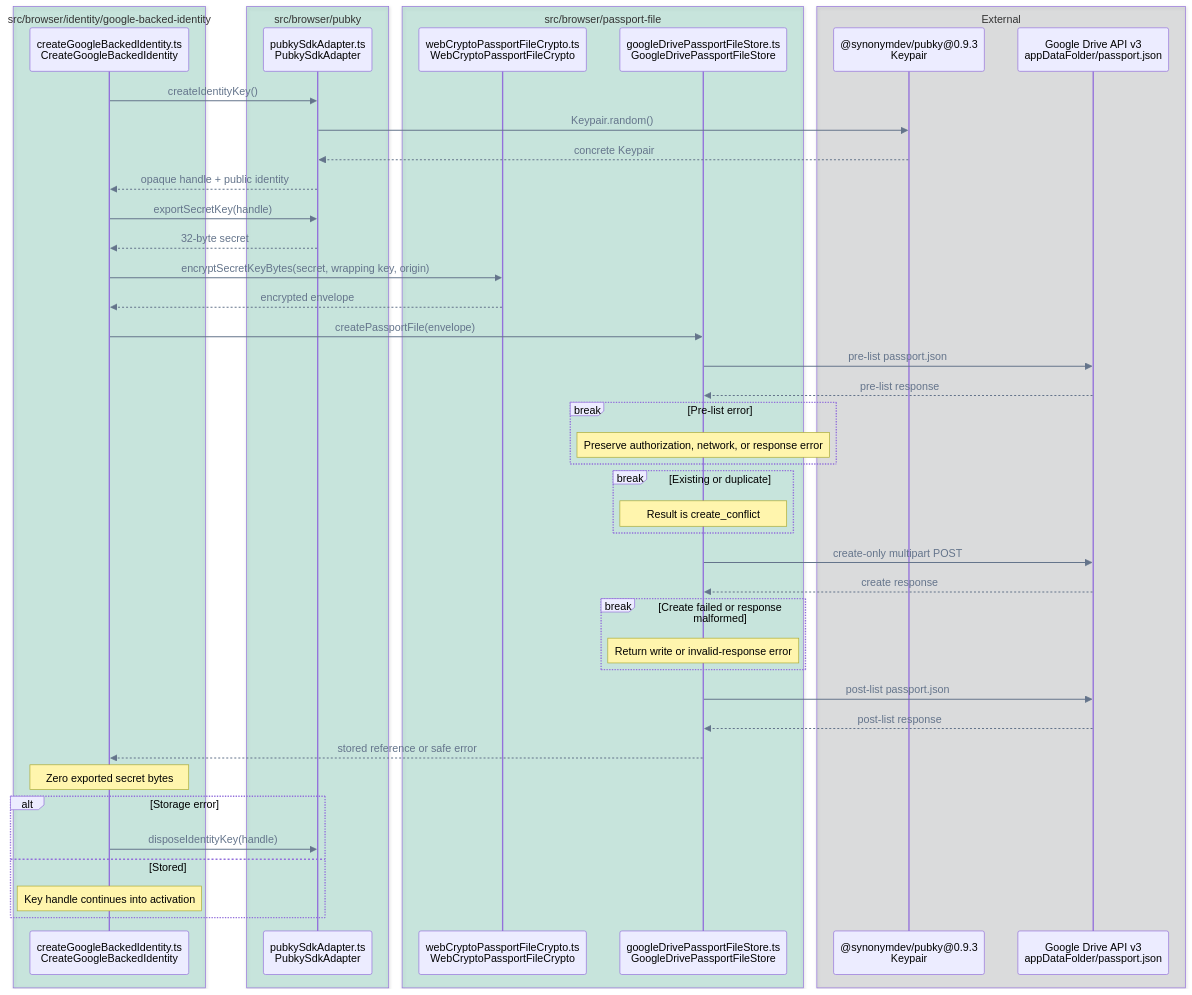
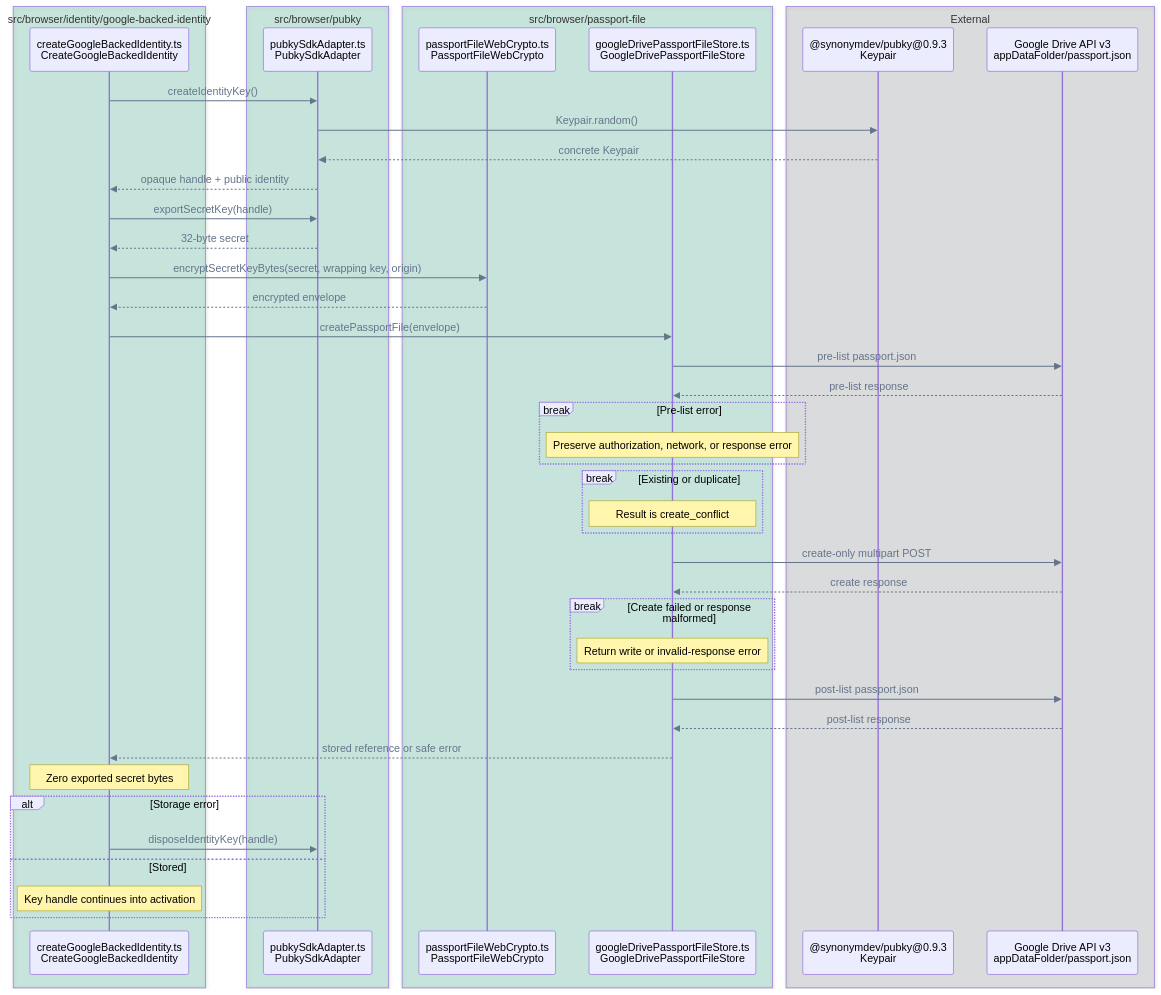
The tenth of 14 diagrams in FLOWS.md (pubky/pubky-passport), drawn with Mermaid before and after one commit. The commit also changed other lines of this file and 59 other files, not shown here.

````diff
--- a/FLOWS.md
+++ b/FLOWS.md
@@ -521,52 +521,52 @@
 ```mermaid
 %%{init: {"themeVariables": {"signalColor": "#64748B", "signalTextColor": "#64748B"}}}%%
 sequenceDiagram
     accTitle: Missing identity encryption and Drive storage call flow
-    accDescr: CreateGoogleBackedIdentity asks PubkySdkAdapter and the Pubky SDK for a new key and exported secret, encrypts the secret through a focused callback bound from WebCryptoPassportFileCrypto, creates the Google Drive Passport file through a focused callback bound from GoogleDrivePassportFileStore, and then zeros the exported bytes.
+    accDescr: CreateGoogleBackedIdentity asks PubkySdkAdapter and the Pubky SDK for a new key and exported secret, encrypts the secret through a focused callback bound from PassportFileWebCrypto, creates the Google Drive Passport file through a focused callback bound from GoogleDrivePassportFileStore, and then zeros the exported bytes.
     box rgba(0, 158, 115, 0.18) src/browser/identity/google-backed-identity
         participant Creator as createGoogleBackedIdentity.ts<br/>CreateGoogleBackedIdentity
     end
     box rgba(0, 158, 115, 0.18) src/browser/pubky
         participant Pubky as pubkySdkAdapter.ts<br/>PubkySdkAdapter
     end
     box rgba(0, 158, 115, 0.18) src/browser/passport-file
-        participant Crypto as webCryptoPassportFileCrypto.ts<br/>WebCryptoPassportFileCrypto
+        participant Crypto as passportFileWebCrypto.ts<br/>PassportFileWebCrypto
         participant DriveStore as googleDrivePassportFileStore.ts<br/>GoogleDrivePassportFileStore
     end
     box rgba(17, 24, 39, 0.12) External
         participant SDK as @synonymdev/pubky@0.9.3<br/>Keypair
         participant Drive as Google Drive API v3<br/>appDataFolder/passport.json
     end
 
     Creator->>Pubky: createIdentityKey()
     Pubky->>SDK: Keypair.random()
     SDK-->>Pubky: concrete Keypair
     Pubky-->>Creator: opaque handle + public identity
     Creator->>Pubky: exportSecretKey(handle)
     Pubky-->>Creator: 32-byte secret
     Creator->>Crypto: encryptSecretKeyBytes(secret, wrapping key, origin)
     Crypto-->>Creator: encrypted envelope
     Creator->>DriveStore: createPassportFile(envelope)
     DriveStore->>Drive: pre-list passport.json
     Drive-->>DriveStore: pre-list response
     break Pre-list error
         Note over DriveStore: Preserve authorization, network, or response error
     end
     break Existing or duplicate
         Note over DriveStore: Result is create_conflict
     end
     DriveStore->>Drive: create-only multipart POST
     Drive-->>DriveStore: create response
     break Create failed or response malformed
         Note over DriveStore: Return write or invalid-response error
     end
     DriveStore->>Drive: post-list passport.json
     Drive-->>DriveStore: post-list response
     DriveStore-->>Creator: stored reference or safe error
     Note over Creator: Zero exported secret bytes
     alt Storage error
         Creator->>Pubky: disposeIdentityKey(handle)
     else Stored
         Note over Creator: Key handle continues into activation
     end
 ```
````
